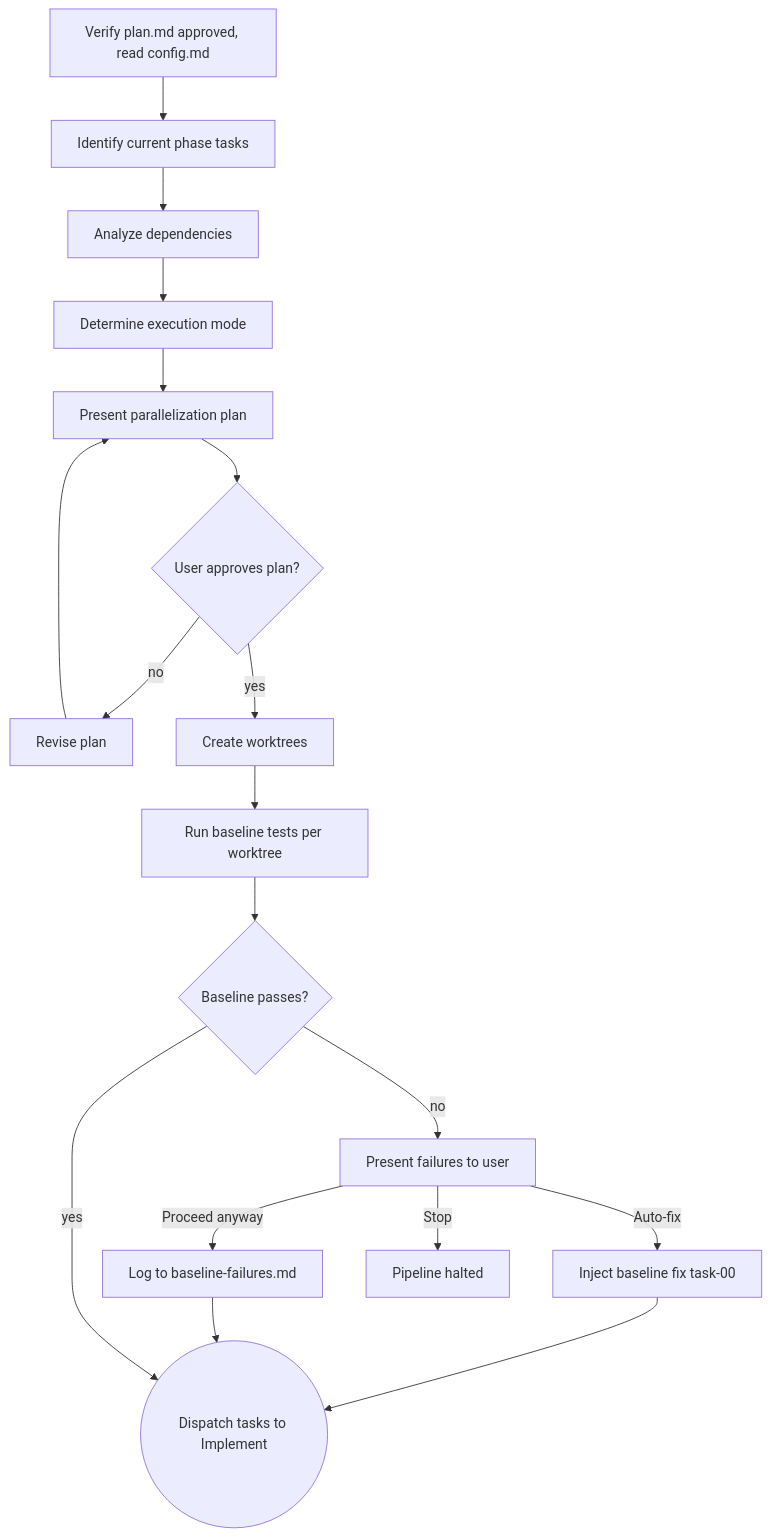
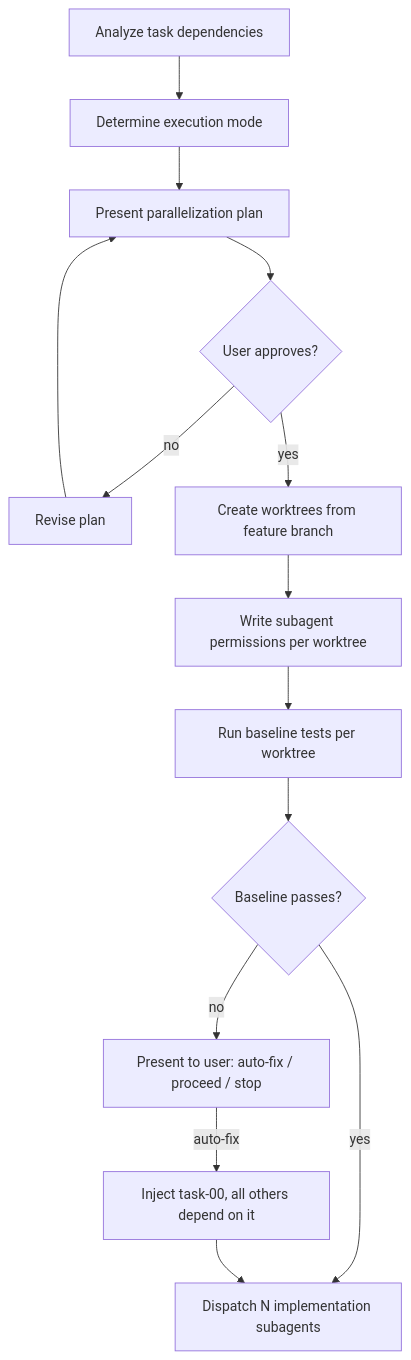
One commit to dfrysinger/qrspi-plus changed the tenth of 21 diagrams in README.md. Above: the diagram before and after it, drawn with Mermaid. The commit also changed other lines of this file, not shown here.

First line of the commit message:
docs: update README with Hardening features and unique Mermaid diagrams

````diff
--- a/README.md
+++ b/README.md
@@ -254,20 +211,16 @@
 ```mermaid
 flowchart TD
-    A[Verify plan.md approved, read config.md] --> B[Identify current phase tasks]
-    B --> C[Analyze dependencies]
-    C --> D[Determine execution mode]
-    D --> E[Present parallelization plan]
-    E --> F{User approves plan?}
-    F -->|no| G[Revise plan]
-    G --> E
-    F -->|yes| H[Create worktrees]
-    H --> I[Run baseline tests per worktree]
-    I --> J{Baseline passes?}
-    J -->|no| K[Present failures to user]
-    K -->|Auto-fix| N[Inject baseline fix task-00]
-    N --> L
-    K -->|Proceed anyway| O[Log to baseline-failures.md]
-    O --> L
-    K -->|Stop| M[Pipeline halted]
-    J -->|yes| L((Dispatch tasks to Implement))
+    A[Analyze task dependencies] --> B[Determine execution mode]
+    B --> C[Present parallelization plan]
+    C --> D{User approves?}
+    D -->|no| E[Revise plan]
+    E --> C
+    D -->|yes| F[Create worktrees from feature branch]
+    F --> G[Write subagent permissions per worktree]
+    G --> H[Run baseline tests per worktree]
+    H --> I{Baseline passes?}
+    I -->|no| J[Present to user: auto-fix / proceed / stop]
+    I -->|yes| K[Dispatch N implementation subagents]
+    J -->|auto-fix| L["Inject task-00, all others depend on it"]
+    L --> K
 ```
````
